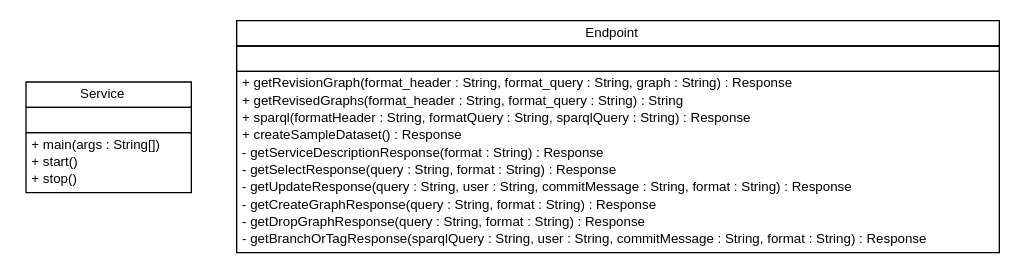
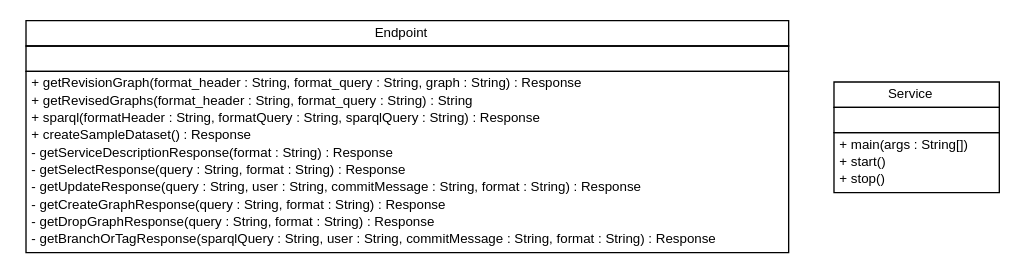
The diagram in javadoc/de/tud/plt/r43ples/webservice/de.tud.plt.r43ples.webservice.dot (markusgraube/r43ples), drawn with Graphviz before and after one commit. The commit also changed 81 other files, not shown here.

```diff
--- a/javadoc/de/tud/plt/r43ples/webservice/de.tud.plt.r43ples.webservice.dot
+++ b/javadoc/de/tud/plt/r43ples/webservice/de.tud.plt.r43ples.webservice.dot
@@ -1,47 +1,47 @@
 #!/usr/local/bin/dot
 #
 # Class diagram 
 # Generated by UMLGraph version R5_6_6-6-g3bdff0 (http://www.umlgraph.org/)
 #
 
 digraph G {
 	edge [fontname="Helvetica",fontsize=10,labelfontname="Helvetica",labelfontsize=10];
 	node [fontname="Helvetica",fontsize=10,shape=plaintext];
 	nodesep=0.25;
 	ranksep=0.5;
-	// de.tud.plt.r43ples.webservice.Service
-	c68 [label=<<table title="de.tud.plt.r43ples.webservice.Service" border="0" cellborder="1" cellspacing="0" cellpadding="2" port="p" href="./Service.html">
-		<tr><td><table border="0" cellspacing="0" cellpadding="1">
-<tr><td align="center" balign="center"> Service </td></tr>
-		</table></td></tr>
-		<tr><td><table border="0" cellspacing="0" cellpadding="1">
-<tr><td align="left" balign="left">  </td></tr>
-		</table></td></tr>
-		<tr><td><table border="0" cellspacing="0" cellpadding="1">
-<tr><td align="left" balign="left"> + main(args : String[]) </td></tr>
-<tr><td align="left" balign="left"> + start() </td></tr>
-<tr><td align="left" balign="left"> + stop() </td></tr>
-		</table></td></tr>
-		</table>>, URL="./Service.html", fontname="Helvetica", fontcolor="black", fontsize=10.0];
 	// de.tud.plt.r43ples.webservice.Endpoint
-	c69 [label=<<table title="de.tud.plt.r43ples.webservice.Endpoint" border="0" cellborder="1" cellspacing="0" cellpadding="2" port="p" href="./Endpoint.html">
+	c68 [label=<<table title="de.tud.plt.r43ples.webservice.Endpoint" border="0" cellborder="1" cellspacing="0" cellpadding="2" port="p" href="./Endpoint.html">
 		<tr><td><table border="0" cellspacing="0" cellpadding="1">
 <tr><td align="center" balign="center"> Endpoint </td></tr>
 		</table></td></tr>
 		<tr><td><table border="0" cellspacing="0" cellpadding="1">
 <tr><td align="left" balign="left">  </td></tr>
 		</table></td></tr>
 		<tr><td><table border="0" cellspacing="0" cellpadding="1">
 <tr><td align="left" balign="left"> + getRevisionGraph(format_header : String, format_query : String, graph : String) : Response </td></tr>
 <tr><td align="left" balign="left"> + getRevisedGraphs(format_header : String, format_query : String) : String </td></tr>
 <tr><td align="left" balign="left"> + sparql(formatHeader : String, formatQuery : String, sparqlQuery : String) : Response </td></tr>
 <tr><td align="left" balign="left"> + createSampleDataset() : Response </td></tr>
 <tr><td align="left" balign="left"> - getServiceDescriptionResponse(format : String) : Response </td></tr>
 <tr><td align="left" balign="left"> - getSelectResponse(query : String, format : String) : Response </td></tr>
 <tr><td align="left" balign="left"> - getUpdateResponse(query : String, user : String, commitMessage : String, format : String) : Response </td></tr>
 <tr><td align="left" balign="left"> - getCreateGraphResponse(query : String, format : String) : Response </td></tr>
 <tr><td align="left" balign="left"> - getDropGraphResponse(query : String, format : String) : Response </td></tr>
 <tr><td align="left" balign="left"> - getBranchOrTagResponse(sparqlQuery : String, user : String, commitMessage : String, format : String) : Response </td></tr>
 		</table></td></tr>
 		</table>>, URL="./Endpoint.html", fontname="Helvetica", fontcolor="black", fontsize=10.0];
+	// de.tud.plt.r43ples.webservice.Service
+	c69 [label=<<table title="de.tud.plt.r43ples.webservice.Service" border="0" cellborder="1" cellspacing="0" cellpadding="2" port="p" href="./Service.html">
+		<tr><td><table border="0" cellspacing="0" cellpadding="1">
+<tr><td align="center" balign="center"> Service </td></tr>
+		</table></td></tr>
+		<tr><td><table border="0" cellspacing="0" cellpadding="1">
+<tr><td align="left" balign="left">  </td></tr>
+		</table></td></tr>
+		<tr><td><table border="0" cellspacing="0" cellpadding="1">
+<tr><td align="left" balign="left"> + main(args : String[]) </td></tr>
+<tr><td align="left" balign="left"> + start() </td></tr>
+<tr><td align="left" balign="left"> + stop() </td></tr>
+		</table></td></tr>
+		</table>>, URL="./Service.html", fontname="Helvetica", fontcolor="black", fontsize=10.0];
 }
```
